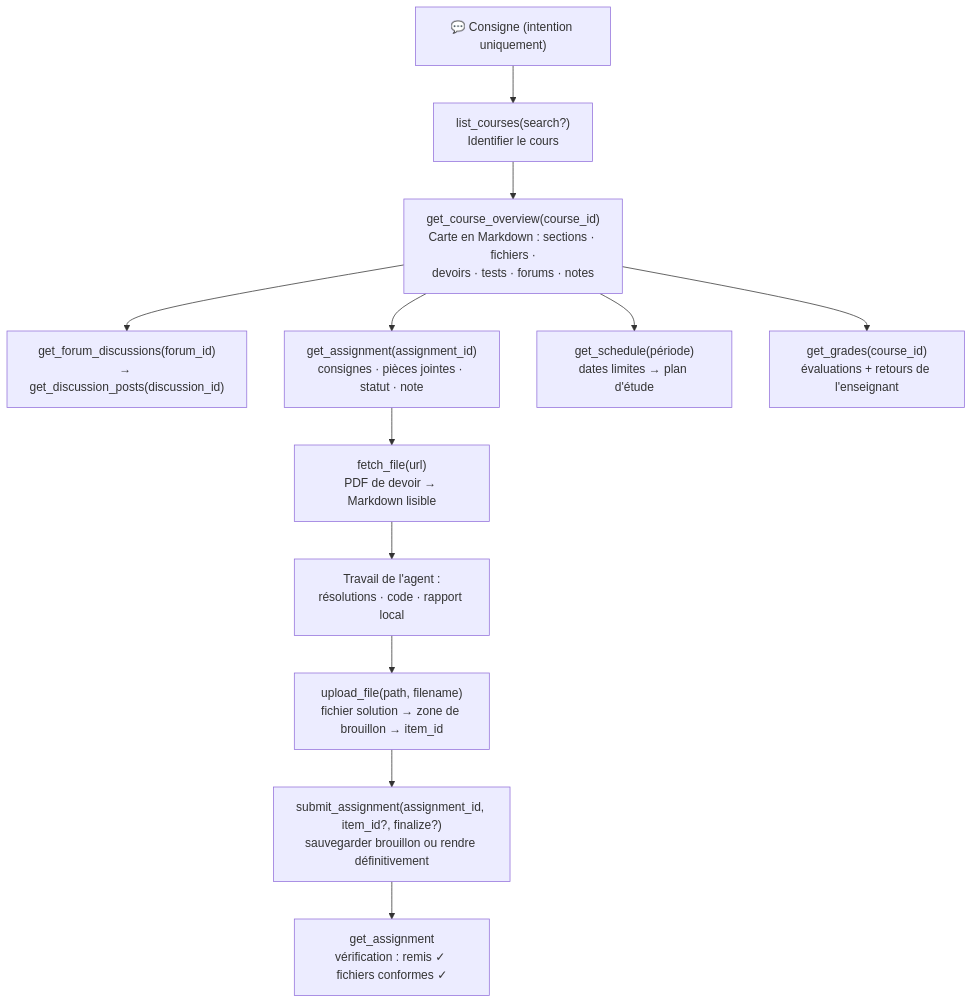
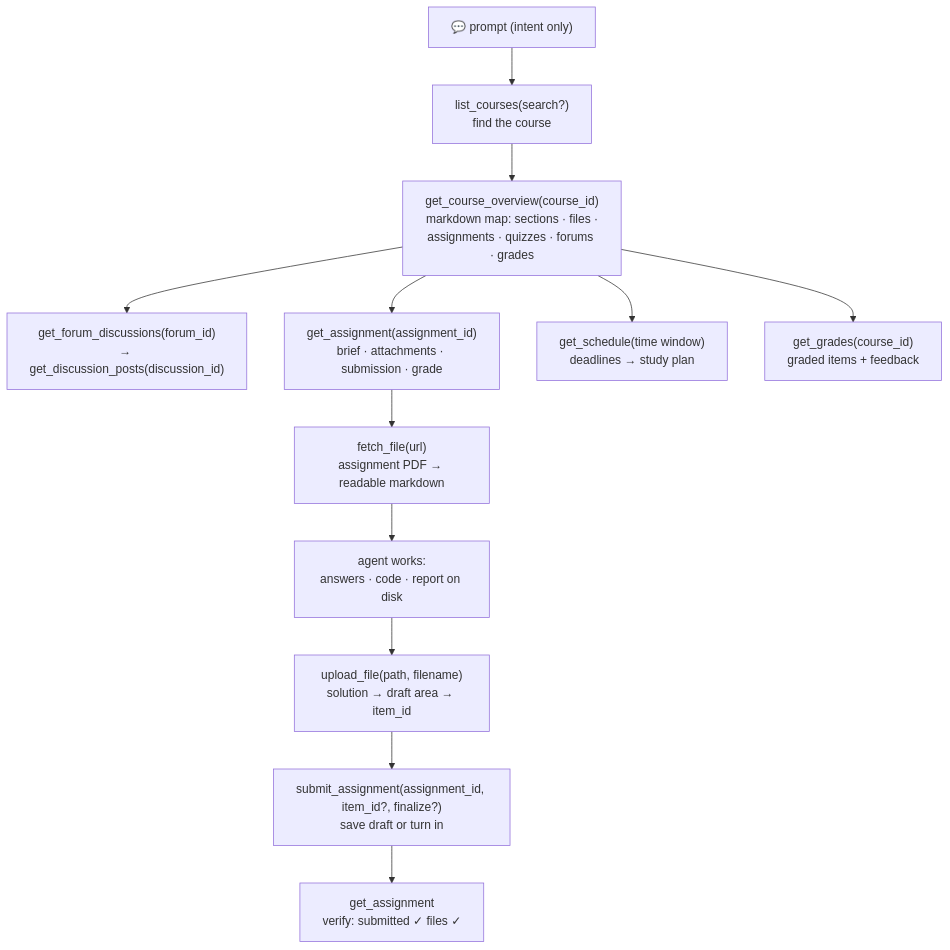
Before and after one commit to G36maid/moodle-mcp: the diagram in i18n/README.fr.md, drawn with Mermaid. The commit also changed other lines of this file and 6 other files, not shown here.

````diff
--- a/i18n/README.fr.md
+++ b/i18n/README.fr.md
@@ -257,14 +81,14 @@
 ```mermaid
 flowchart TD
-    Q["💬 Consigne (intention uniquement)"] --> LC["list_courses(search?)<br/>Identifier le cours"]
-    LC --> OV["get_course_overview(course_id)<br/>Carte en Markdown : sections · fichiers ·<br/>devoirs · tests · forums · notes"]
+    Q["💬 prompt (intent only)"] --> LC["list_courses(search?)<br/>find the course"]
+    LC --> OV["get_course_overview(course_id)<br/>markdown map: sections · files ·<br/>assignments · quizzes · forums · grades"]
     OV --> FD["get_forum_discussions(forum_id)<br/>→ get_discussion_posts(discussion_id)"]
-    OV --> AS["get_assignment(assignment_id)<br/>consignes · pièces jointes · statut · note"]
-    AS --> FF["fetch_file(url)<br/>PDF de devoir → Markdown lisible"]
-    FF --> WK["Travail de l'agent :<br/>résolutions · code · rapport local"]
-    WK --> UP["upload_file(path, filename)<br/>fichier solution → zone de brouillon → item_id"]
-    UP --> SB["submit_assignment(assignment_id, item_id?, finalize?)<br/>sauvegarder brouillon ou rendre définitivement"]
-    SB --> VF["get_assignment<br/>vérification : remis ✓ fichiers conformes ✓"]
-    OV --> SC["get_schedule(période)<br/>dates limites → plan d'étude"]
-    OV --> GR["get_grades(course_id)<br/>évaluations + retours de l'enseignant"]
+    OV --> AS["get_assignment(assignment_id)<br/>brief · attachments · submission · grade"]
+    AS --> FF["fetch_file(url)<br/>assignment PDF → readable markdown"]
+    FF --> WK["agent works:<br/>answers · code · report on disk"]
+    WK --> UP["upload_file(path, filename)<br/>solution → draft area → item_id"]
+    UP --> SB["submit_assignment(assignment_id, item_id?, finalize?)<br/>save draft or turn in"]
+    SB --> VF["get_assignment<br/>verify: submitted ✓ files ✓"]
+    OV --> SC["get_schedule(time window)<br/>deadlines → study plan"]
+    OV --> GR["get_grades(course_id)<br/>graded items + feedback"]
 ```
````
